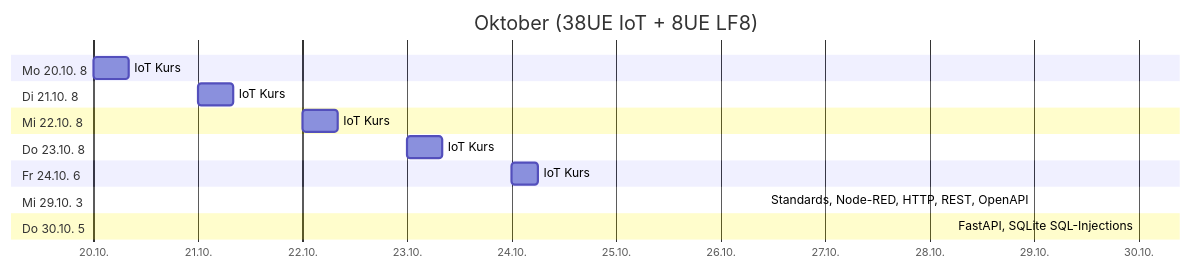
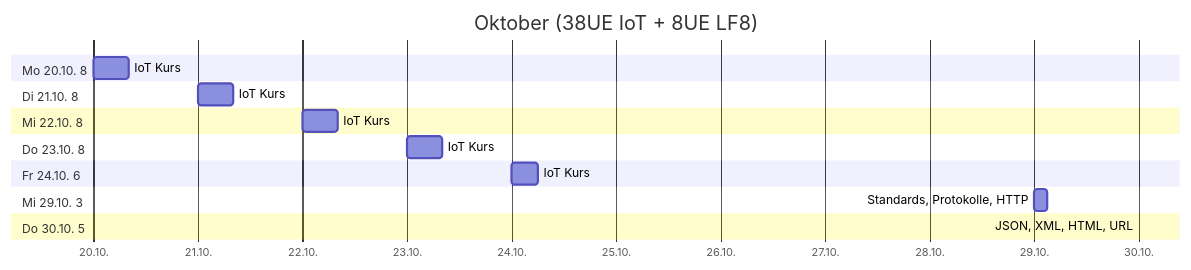
One commit to jonasnemeth/LF7 changed the second of 6 diagrams in src/plan.md. Above: the diagram before and after it, drawn with Mermaid. The commit also changed other lines of this file, not shown here.

Commit message:
plananpassung

````diff
--- a/src/plan.md
+++ b/src/plan.md
@@ -23,20 +23,20 @@
 ```mermaid
 gantt
  title Oktober (38UE IoT + 8UE LF8)
  dateFormat YYYY-MM-DD
  axisFormat %d.%m.
  section Mo 20.10. 8
   IoT Kurs                    :2025-10-20, 8h
  section Di 21.10. 8
   IoT Kurs                    :2025-10-21, 8h
  section Mi 22.10. 8
   IoT Kurs                    :2025-10-22, 8h
  section Do 23.10. 8
   IoT Kurs                    :2025-10-23, 8h
  section Fr 24.10. 6
   IoT Kurs                    :2025-10-24, 6h
  section Mi 29.10. 3
-  Standards, Node-RED, HTTP, REST, OpenAPI   :2025-10-29, 3h  <!--LF8-->
+  Standards, Protokolle, HTTP :2025-10-29, 3h
  section Do 30.10. 5
-  FastAPI, SQLite SQL-Injections     :2025-10-30, 5h  <!--LF8b-->
+  JSON, XML, HTML, URL        :2025-10-30, 5h  <!--LF8b-->
 ```
````
